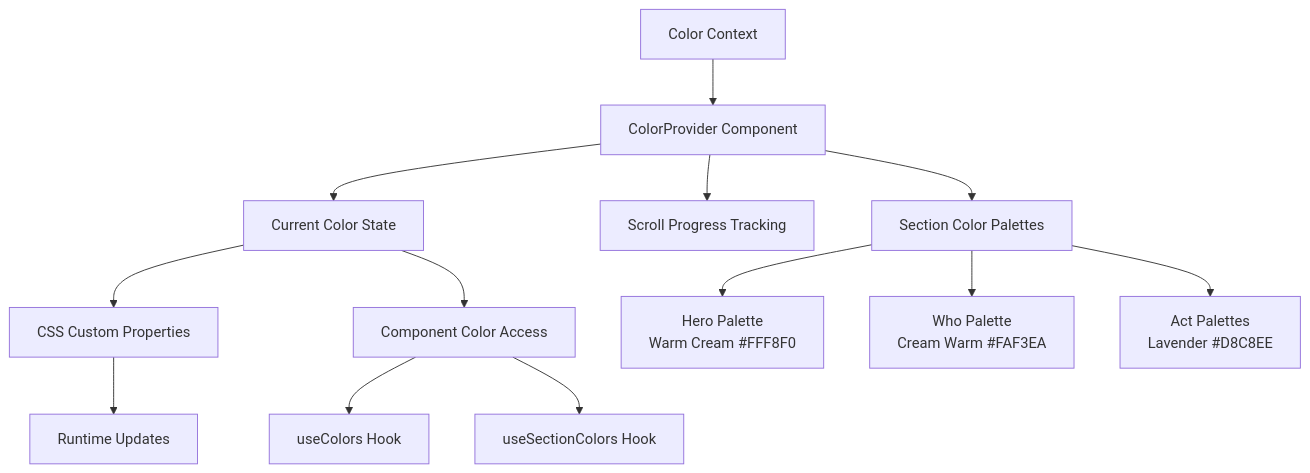
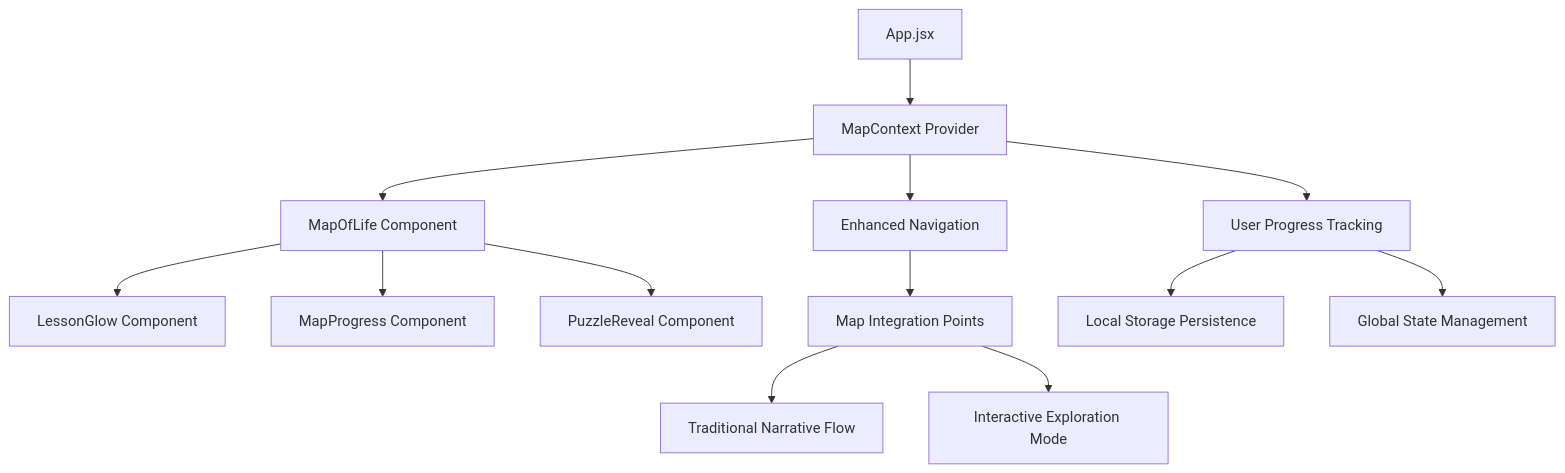
One commit to rakeshmaity271/frankie-picasso changed the fourth of 12 diagrams in .qoder/repowiki/en/content/Application Architecture.md. Above: the diagram before and after it, drawn with Mermaid. The commit also changed other lines of this file and 24 other files, not shown here.

Commit message:
fix: move acts variable inside App component from module level

````diff
--- a/.qoder/repowiki/en/content/Application Architecture.md
+++ b/.qoder/repowiki/en/content/Application Architecture.md
@@ -340,15 +535,15 @@
 ```mermaid
 graph TB
-ColorContext["Color Context"] --> ColorProvider["ColorProvider Component"]
-ColorProvider --> CurrentColors["Current Color State"]
-ColorProvider --> ScrollProgress["Scroll Progress Tracking"]
-ColorProvider --> SectionPalettes["Section Color Palettes"]
-CurrentColors --> CSSVariables["CSS Custom Properties"]
-CurrentColors --> ComponentAccess["Component Color Access"]
-SectionPalettes --> HeroPalette["Hero Palette<br/>Warm Cream #FFF8F0"]
-SectionPalettes --> WhoPalette["Who Palette<br/>Cream Warm #FAF3EA"]
-SectionPalettes --> ActPalettes["Act Palettes<br/>Lavender #D8C8EE"]
-CSSVariables --> DynamicUpdates["Runtime Updates"]
-ComponentAccess --> UseColorsHook["useColors Hook"]
-ComponentAccess --> UseSectionColors["useSectionColors Hook"]
+App["App.jsx"] --> MapContext["MapContext Provider"]
+MapContext --> MapOfLife["MapOfLife Component"]
+MapOfLife --> LessonGlow["LessonGlow Component"]
+MapOfLife --> MapProgress["MapProgress Component"]
+MapOfLife --> PuzzleReveal["PuzzleReveal Component"]
+MapContext --> Navigation["Enhanced Navigation"]
+Navigation --> MapIntegration["Map Integration Points"]
+MapIntegration --> NarrativeFlow["Traditional Narrative Flow"]
+MapIntegration --> InteractiveExploration["Interactive Exploration Mode"]
+MapContext --> ProgressTracking["User Progress Tracking"]
+ProgressTracking --> LocalStorage["Local Storage Persistence"]
+ProgressTracking --> StateManagement["Global State Management"]
 ```
````
